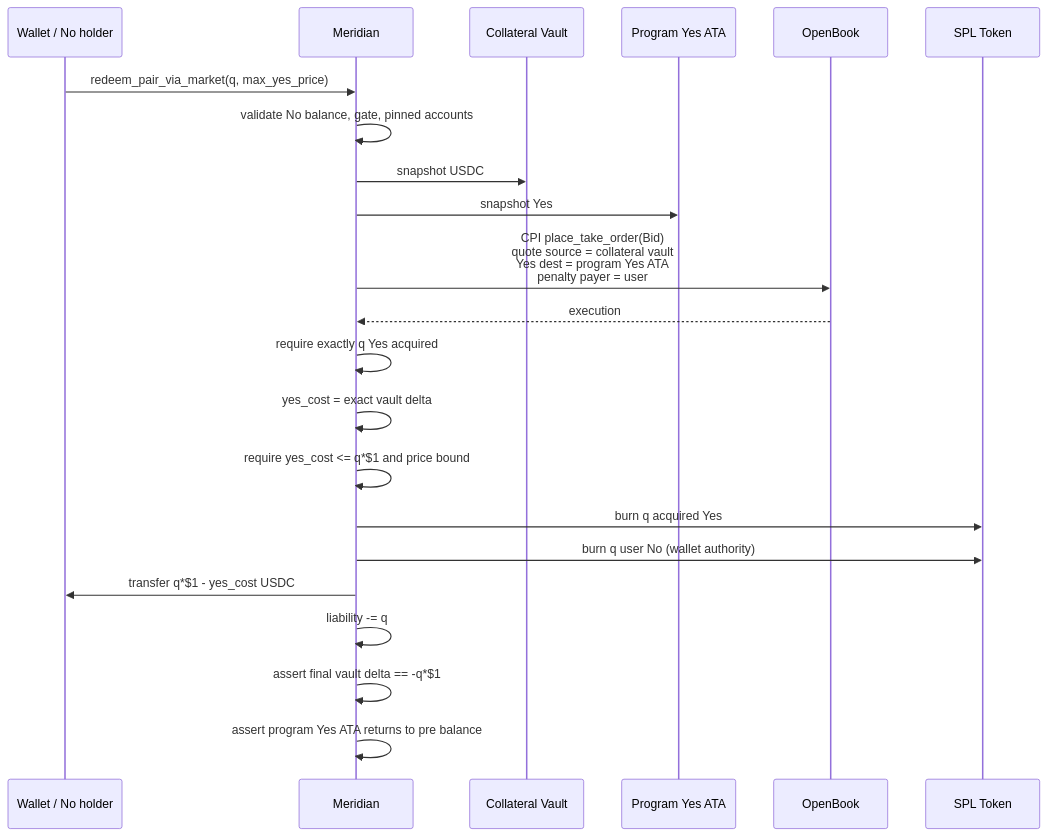
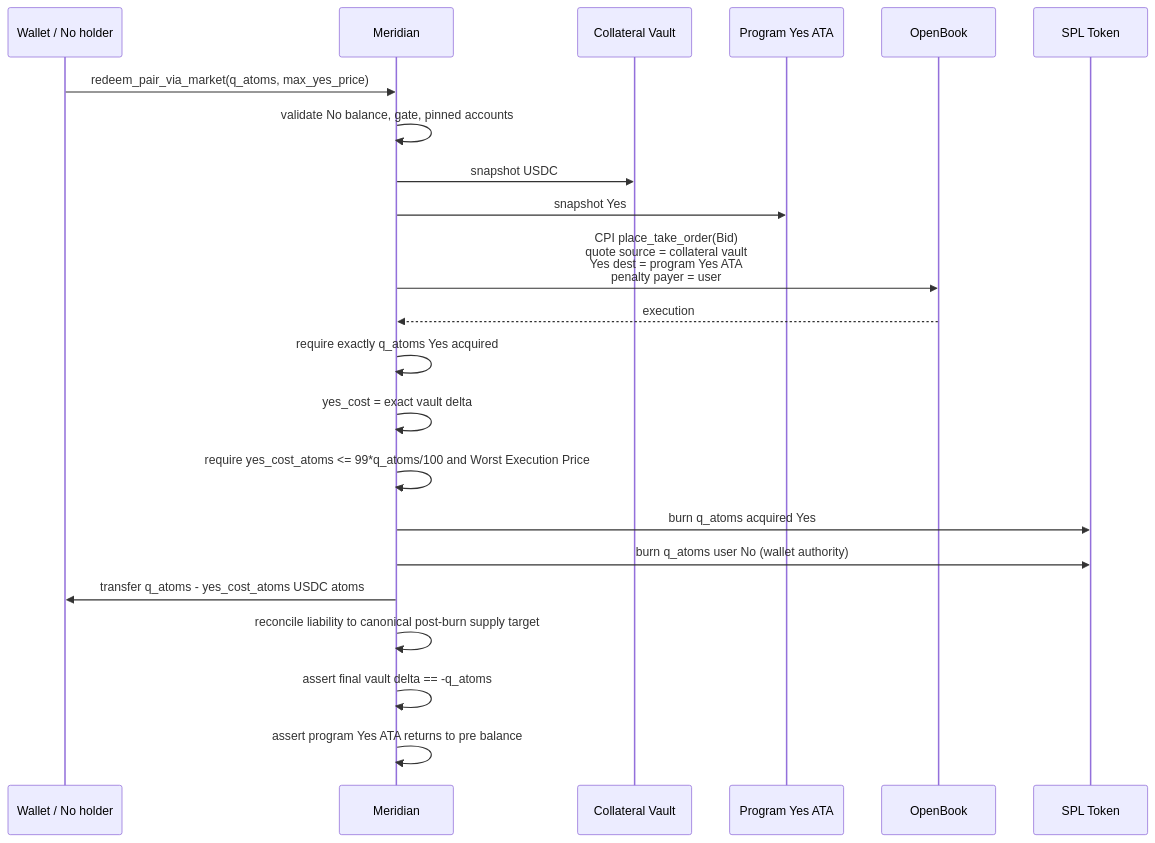
Before and after one commit to hyetigran/peak6_pm: the seventh of 8 diagrams in docs/ARCHITECTURE.md, drawn with Mermaid. The commit also changed other lines of this file and 53 other files, not shown here.

````diff
--- a/docs/ARCHITECTURE.md
+++ b/docs/ARCHITECTURE.md
@@ -931,25 +1153,25 @@
 ```mermaid
 sequenceDiagram
     participant W as Wallet / No holder
     participant M as Meridian
     participant V as Collateral Vault
     participant Y as Program Yes ATA
     participant O as OpenBook
     participant T as SPL Token
 
-    W->>M: redeem_pair_via_market(q, max_yes_price)
+    W->>M: redeem_pair_via_market(q_atoms, max_yes_price)
     M->>M: validate No balance, gate, pinned accounts
     M->>V: snapshot USDC
     M->>Y: snapshot Yes
     M->>O: CPI place_take_order(Bid)<br/>quote source = collateral vault<br/>Yes dest = program Yes ATA<br/>penalty payer = user
     O-->>M: execution
-    M->>M: require exactly q Yes acquired
+    M->>M: require exactly q_atoms Yes acquired
     M->>M: yes_cost = exact vault delta
-    M->>M: require yes_cost <= q*$1 and price bound
-    M->>T: burn q acquired Yes
-    M->>T: burn q user No (wallet authority)
-    M->>W: transfer q*$1 - yes_cost USDC
-    M->>M: liability -= q
-    M->>M: assert final vault delta == -q*$1
+    M->>M: require yes_cost_atoms <= 99*q_atoms/100 and Worst Execution Price
+    M->>T: burn q_atoms acquired Yes
+    M->>T: burn q_atoms user No (wallet authority)
+    M->>W: transfer q_atoms - yes_cost_atoms USDC atoms
+    M->>M: reconcile liability to canonical post-burn supply target
+    M->>M: assert final vault delta == -q_atoms
     M->>M: assert program Yes ATA returns to pre balance
 ```
````
